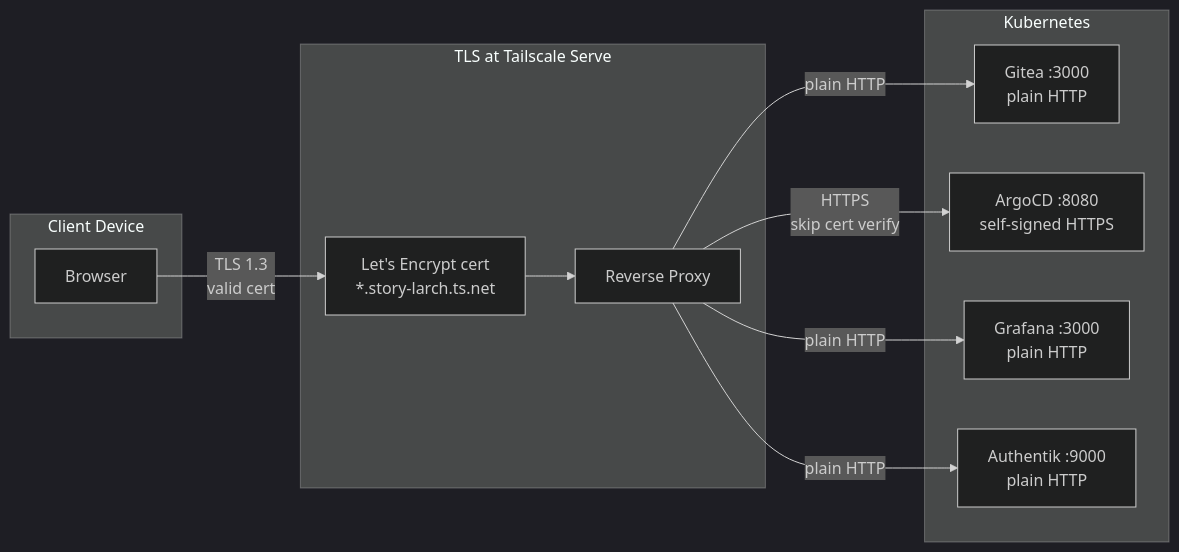
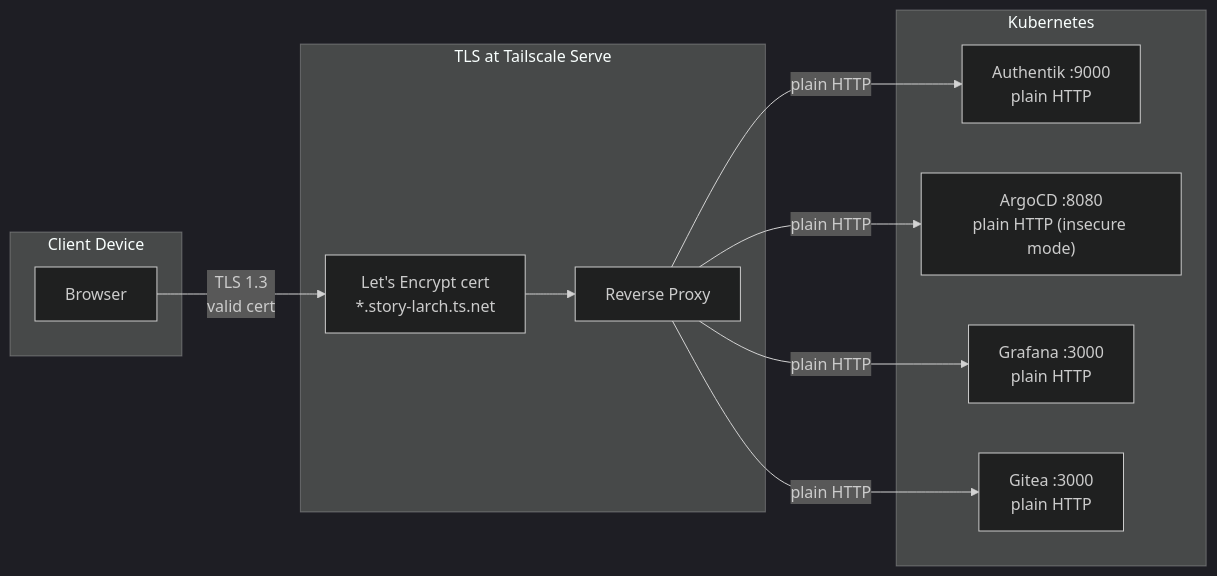
One commit to haingth77/homelab changed the third of 4 diagrams in docs/networking.md. Above: the diagram before and after it, drawn with Mermaid (dark theme). The commit also changed other lines of this file and 15 other files, not shown here.

First line of the commit message:
Migrate Authentik to default HTTPS port and clean up legacy auth

````diff
--- a/docs/networking.md
+++ b/docs/networking.md
@@ -168,25 +143,25 @@
 ```mermaid
 flowchart LR
     subgraph client["Client Device"]
         Browser["Browser"]
     end
 
     subgraph tls["TLS at Tailscale Serve"]
         Cert["Let's Encrypt cert\n*.story-larch.ts.net"]
         Proxy["Reverse Proxy"]
     end
 
     subgraph k8s["Kubernetes"]
+        Authentik["Authentik :9000\nplain HTTP"]
+        ArgoCD["ArgoCD :8080\nplain HTTP (insecure mode)"]
+        Grafana["Grafana :3000\nplain HTTP"]
         Gitea["Gitea :3000\nplain HTTP"]
-        ArgoCD["ArgoCD :8080\nself-signed HTTPS"]
-        Grafana["Grafana :3000\nplain HTTP"]
-        Authentik["Authentik :9000\nplain HTTP"]
     end
 
     Browser -- "TLS 1.3\nvalid cert" --> Cert
     Cert --> Proxy
+    Proxy -- "plain HTTP" --> Authentik
+    Proxy -- "plain HTTP" --> ArgoCD
+    Proxy -- "plain HTTP" --> Grafana
     Proxy -- "plain HTTP" --> Gitea
-    Proxy -- "HTTPS\nskip cert verify" --> ArgoCD
-    Proxy -- "plain HTTP" --> Grafana
-    Proxy -- "plain HTTP" --> Authentik
 ```
````
